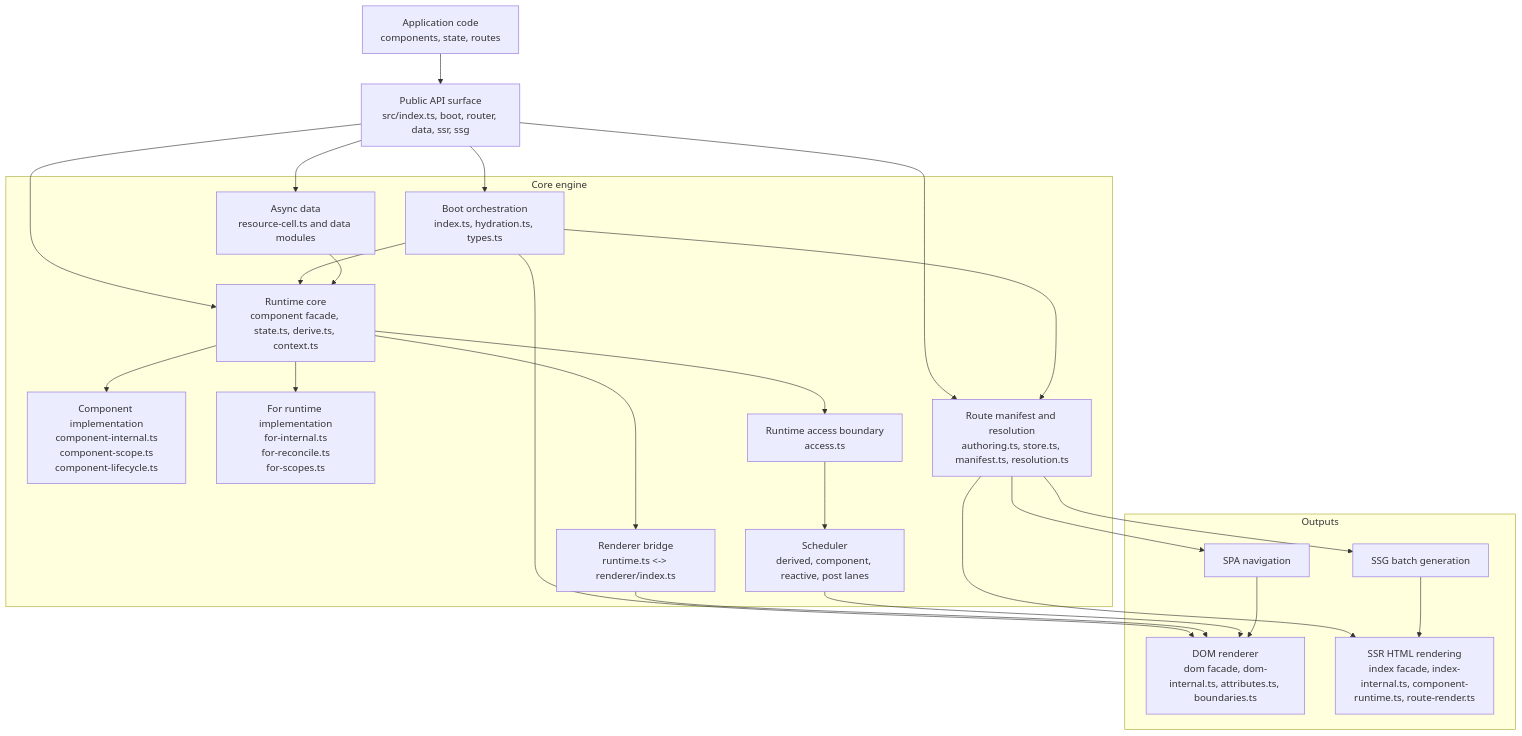
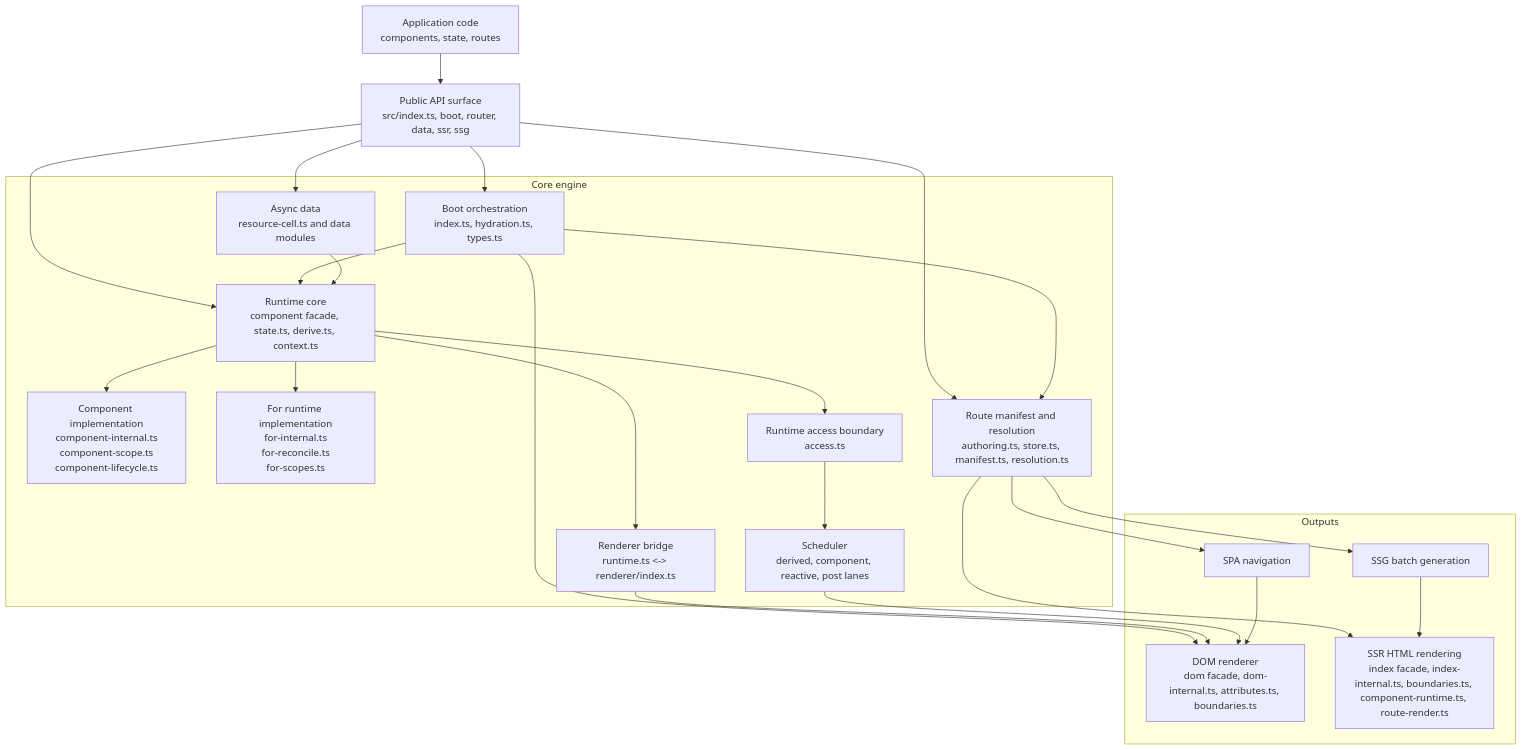
The first of 2 diagrams in docs/internals/core-engine-design.md (askrjs/askr), drawn with Mermaid before and after one commit. The commit also changed other lines of this file and 4 other files, not shown here.

````diff
--- a/docs/internals/core-engine-design.md
+++ b/docs/internals/core-engine-design.md
@@ -15,46 +15,46 @@
 ```mermaid
 flowchart TB
   app[Application code<br/>components, state, routes]
   publicApi[Public API surface<br/>src/index.ts, boot, router, data, ssr, ssg]
 
   subgraph engine[Core engine]
     boot[Boot orchestration<br/>index.ts, hydration.ts, types.ts]
     runtime[Runtime core<br/>component facade, state.ts, derive.ts, context.ts]
     componentCore[Component implementation<br/>component-internal.ts<br/>component-scope.ts<br/>component-lifecycle.ts]
     forCore[For runtime implementation<br/>for-internal.ts<br/>for-reconcile.ts<br/>for-scopes.ts]
     runtimeAccess[Runtime access boundary<br/>access.ts]
     scheduler[Scheduler<br/>derived, component, reactive, post lanes]
     rendererBridge[Renderer bridge<br/>runtime.ts <-> renderer/index.ts]
     routerManifest[Route manifest and resolution<br/>authoring.ts, store.ts, manifest.ts, resolution.ts]
     asyncData[Async data<br/>resource-cell.ts and data modules]
   end
 
   subgraph outputs[Outputs]
     dom[DOM renderer<br/>dom facade, dom-internal.ts, attributes.ts, boundaries.ts]
     spa[SPA navigation]
-    ssr[SSR HTML rendering<br/>index facade, index-internal.ts, component-runtime.ts, route-render.ts]
+    ssr[SSR HTML rendering<br/>index facade, index-internal.ts, boundaries.ts, component-runtime.ts, route-render.ts]
     ssg[SSG batch generation]
   end
 
   app --> publicApi
   publicApi --> boot
   publicApi --> runtime
   publicApi --> routerManifest
   publicApi --> asyncData
   boot --> runtime
   boot --> routerManifest
   boot --> dom
   runtime --> runtimeAccess
   runtime --> componentCore
   runtime --> forCore
   runtimeAccess --> scheduler
   runtime --> rendererBridge
   asyncData --> runtime
   routerManifest --> spa
   routerManifest --> ssr
   routerManifest --> ssg
   rendererBridge --> dom
   scheduler --> dom
   spa --> dom
   ssg --> ssr
 ```
````
